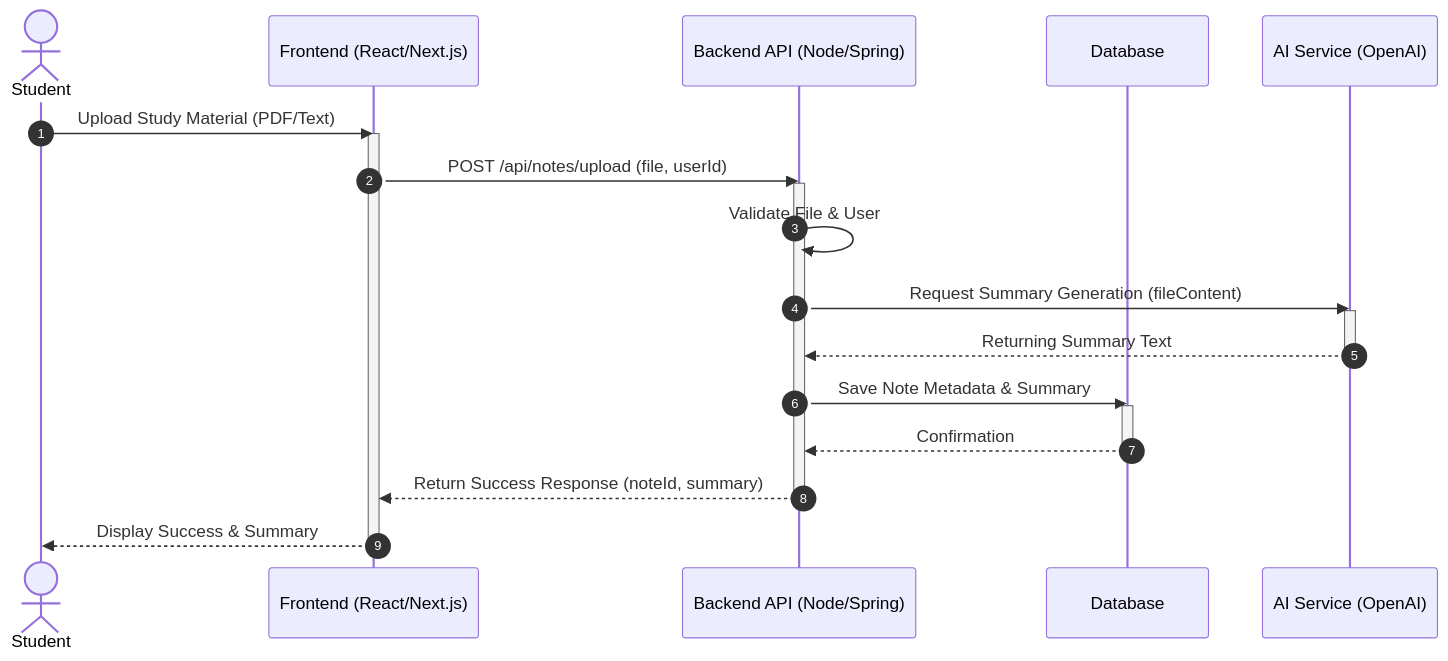
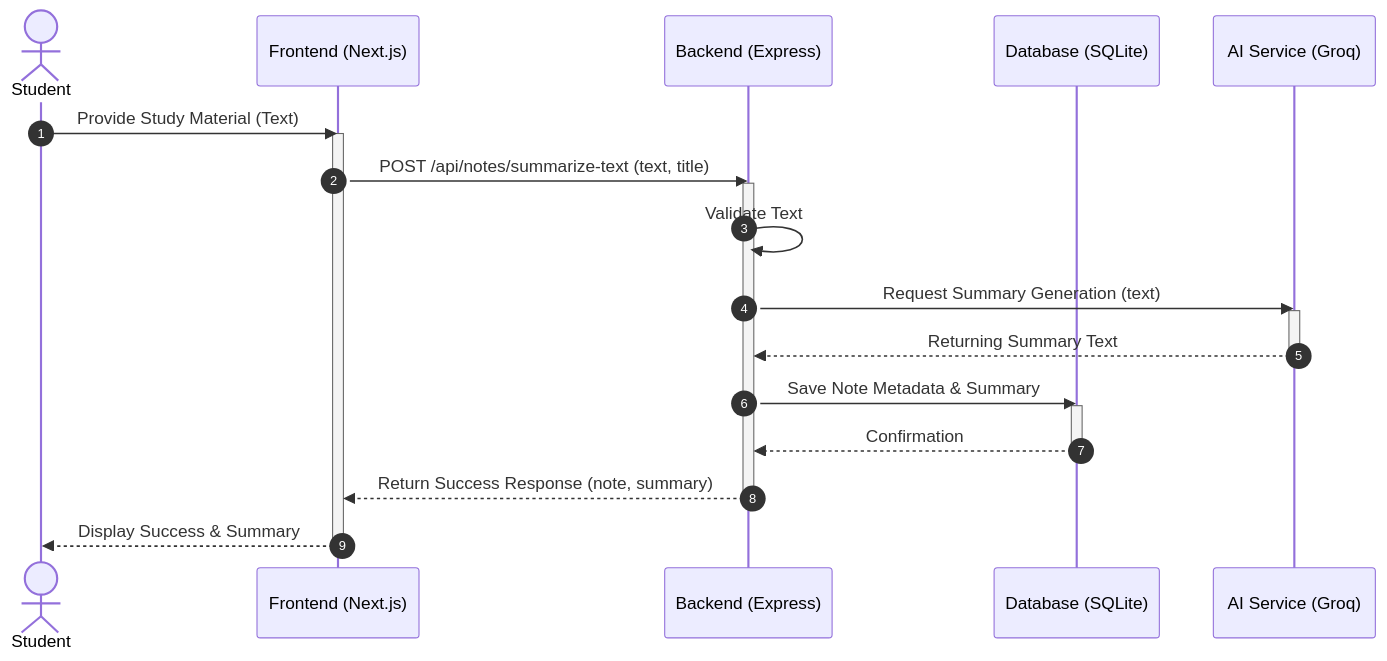
The first of 4 diagrams in sequenceDiagram.md (Sahil5H4RD4/ai-study-companion), drawn with Mermaid before and after one commit. The commit also changed other lines of this file and 33 other files, not shown here.

````diff
--- a/sequenceDiagram.md
+++ b/sequenceDiagram.md
@@ -14,31 +15,31 @@
 ```mermaid
 sequenceDiagram
     autonumber
     actor S as Student
-    participant FE as Frontend (React/Next.js)
-    participant API as Backend API (Node/Spring)
-    participant DB as Database
-    participant AI as AI Service (OpenAI)
+    participant FE as Frontend (Next.js)
+    participant API as Backend (Express)
+    participant DB as Database (SQLite)
+    participant AI as AI Service (Groq)
 
-    S->>FE: Upload Study Material (PDF/Text)
+    S->>FE: Provide Study Material (Text)
     activate FE
-    FE->>API: POST /api/notes/upload (file, userId)
+    FE->>API: POST /api/notes/summarize-text (text, title)
     activate API
     
-    API->>API: Validate File & User
-    API->>AI: Request Summary Generation (fileContent)
+    API->>API: Validate Text
+    API->>AI: Request Summary Generation (text)
     activate AI
     AI-->>API: Returning Summary Text
     deactivate AI
 
     API->>DB: Save Note Metadata & Summary
     activate DB
     DB-->>API: Confirmation
     deactivate DB
 
-    API-->>FE: Return Success Response (noteId, summary)
+    API-->>FE: Return Success Response (note, summary)
     deactivate API
     
     FE-->>S: Display Success & Summary
     deactivate FE
 ```
````
